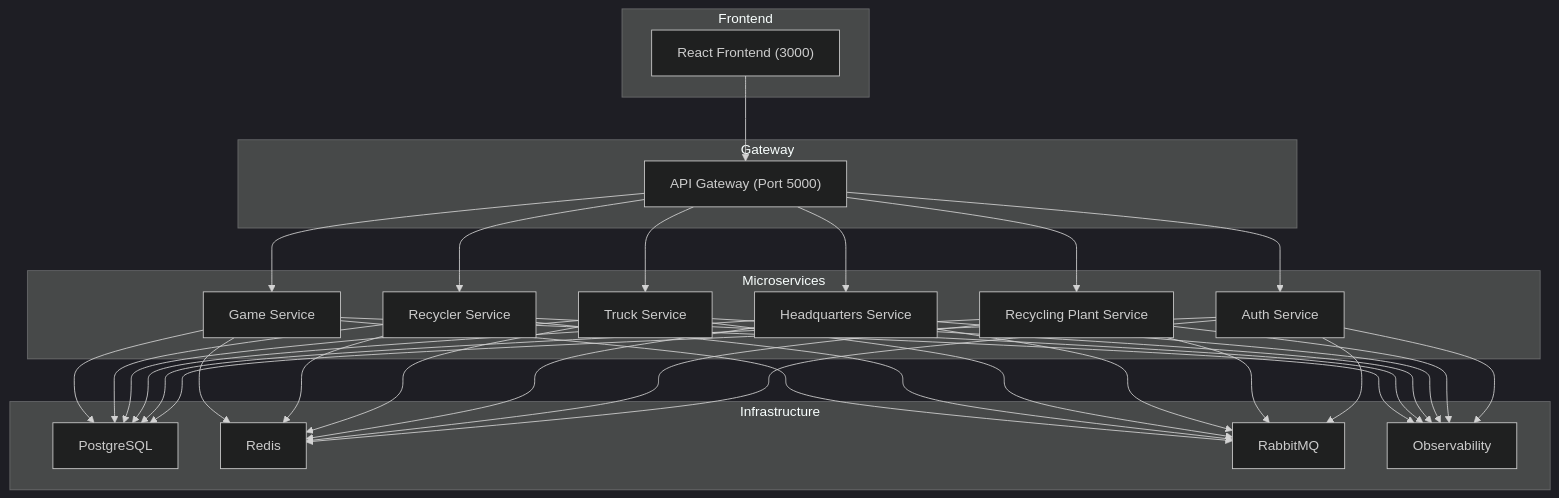
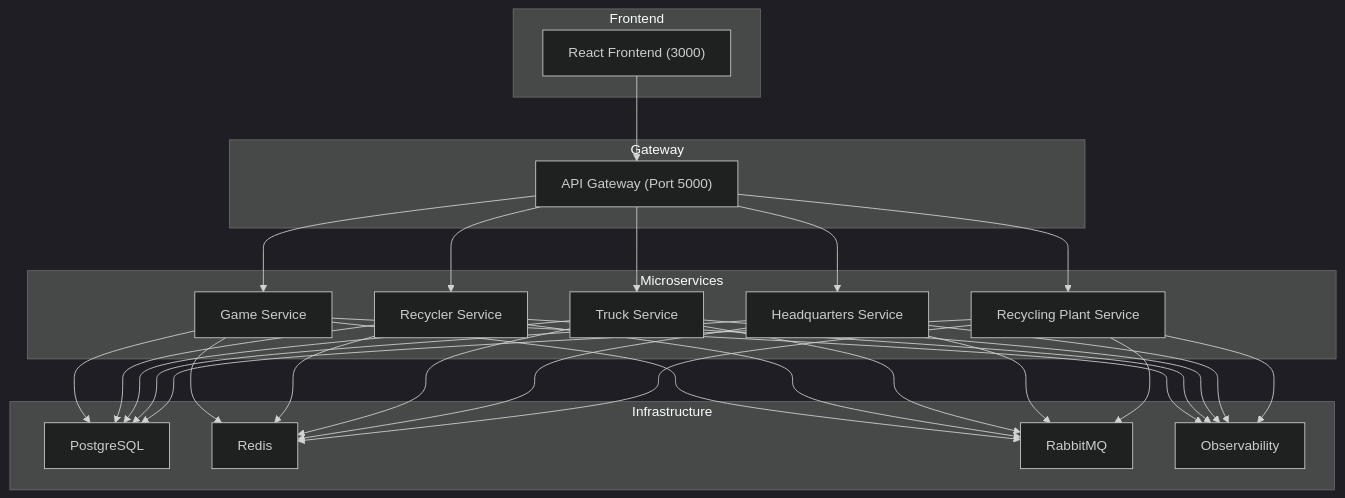
Before and after one commit to RangerChris/bottle-tycoon-microservice: the diagram in README.md, drawn with Mermaid (dark theme). The commit also changed other lines of this file and 31 other files, not shown here.

````diff
--- a/README.md
+++ b/README.md
@@ -22,58 +22,52 @@
 ```mermaid
 graph TD
     subgraph Frontend
         FE["React Frontend (3000)"]
     end
 
     subgraph Gateway
         GW["API Gateway (Port 5000)"]
     end
 
     subgraph Microservices
         GS["Game Service"]
         RS["Recycler Service"]
         TS["Truck Service"]
         HS["Headquarters Service"]
         PS["Recycling Plant Service"]
-        AS["Auth Service"]
     end
 
     subgraph Infrastructure
         PG["PostgreSQL"]
         RD["Redis"]
         RMQ["RabbitMQ"]
         OBS["Observability"]
     end
 
     FE --> GW
     GW --> GS
     GW --> RS
     GW --> TS
     GW --> HS
     GW --> PS
-    GW --> AS
     GS --> PG
     RS --> PG
     TS --> PG
     HS --> PG
     PS --> PG
-    AS --> PG
     GS --> RD
     RS --> RD
     TS --> RD
     HS --> RD
     PS --> RD
-    AS --> RD
     GS --> RMQ
     RS --> RMQ
     TS --> RMQ
     HS --> RMQ
     PS --> RMQ
-    AS --> RMQ
     GS --> OBS
     RS --> OBS
     TS --> OBS
     HS --> OBS
     PS --> OBS
-    AS --> OBS
 ```
````
